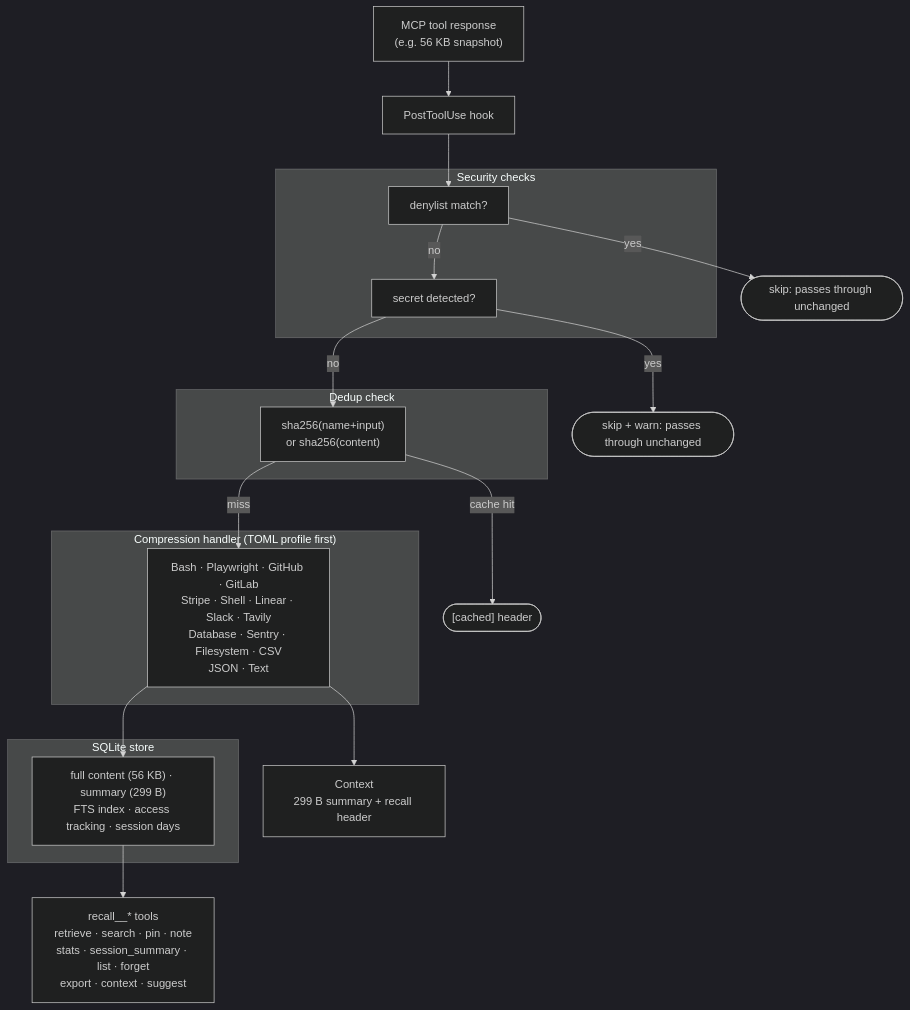
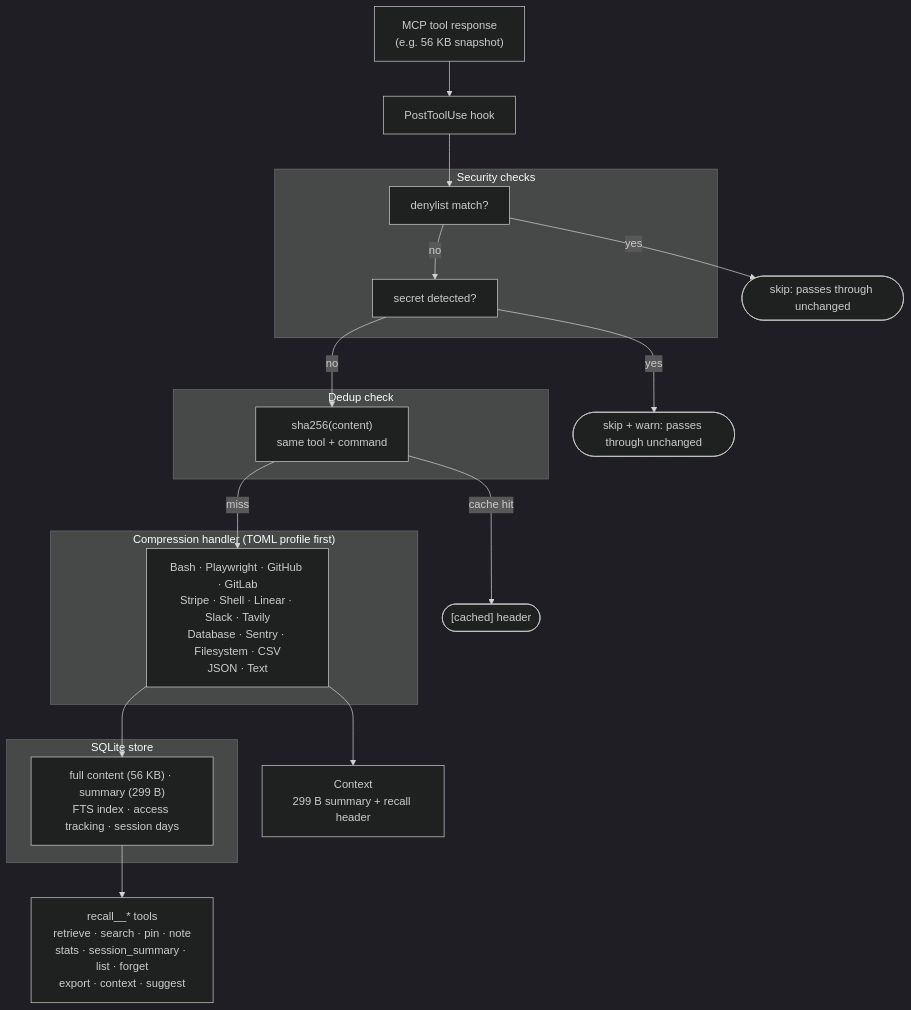
The third of 3 diagrams in README.md (sakebomb/mcp-recall), drawn with Mermaid (dark theme) before and after one commit. The commit also changed other lines of this file and 3 other files, not shown here.

Commit message:
docs: describe dedup as same output, tool and command family (#324)

````diff
--- a/README.md
+++ b/README.md
@@ -69,35 +69,35 @@
 ```mermaid
 flowchart TD
     A["MCP tool response<br/>(e.g. 56 KB snapshot)"] --> B[PostToolUse hook]
 
     subgraph SEC["Security checks"]
         DENY[denylist match?]
         SCRT[secret detected?]
     end
 
     B --> DENY
     DENY -- yes --> P1([skip: passes through unchanged])
     DENY -- no --> SCRT
     SCRT -- yes --> P2([skip + warn: passes through unchanged])
     SCRT -- no --> DEDUP_N
 
     subgraph DEDUP["Dedup check"]
-        DEDUP_N["sha256(name+input)<br/>or sha256(content)"]
+        DEDUP_N["sha256(content)<br/>same tool + command"]
     end
 
     DEDUP_N -- "cache hit" --> CACHED(["[cached] header"])
     DEDUP_N -- miss --> HAND_N
 
     subgraph HANDLER["Compression handler (TOML profile first)"]
         HAND_N["Bash · Playwright · GitHub · GitLab<br/>Stripe · Shell · Linear · Slack · Tavily<br/>Database · Sentry · Filesystem · CSV<br/>JSON · Text"]
     end
 
     HAND_N --> CTX["Context<br/>299 B summary + recall header"]
     HAND_N --> DB_N
 
     subgraph DB["SQLite store"]
         DB_N["full content (56 KB) · summary (299 B)<br/>FTS index · access tracking · session days"]
     end
 
     DB_N --> TOOLS["recall__* tools<br/>retrieve · search · pin · note<br/>stats · session_summary · list · forget<br/>export · context · suggest"]
 ```
````
